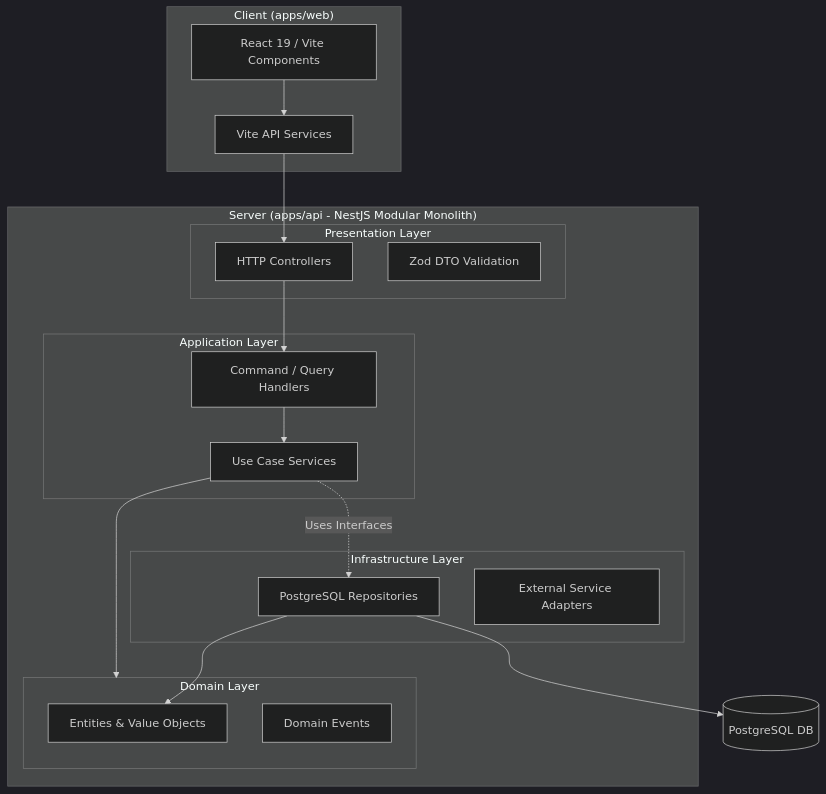
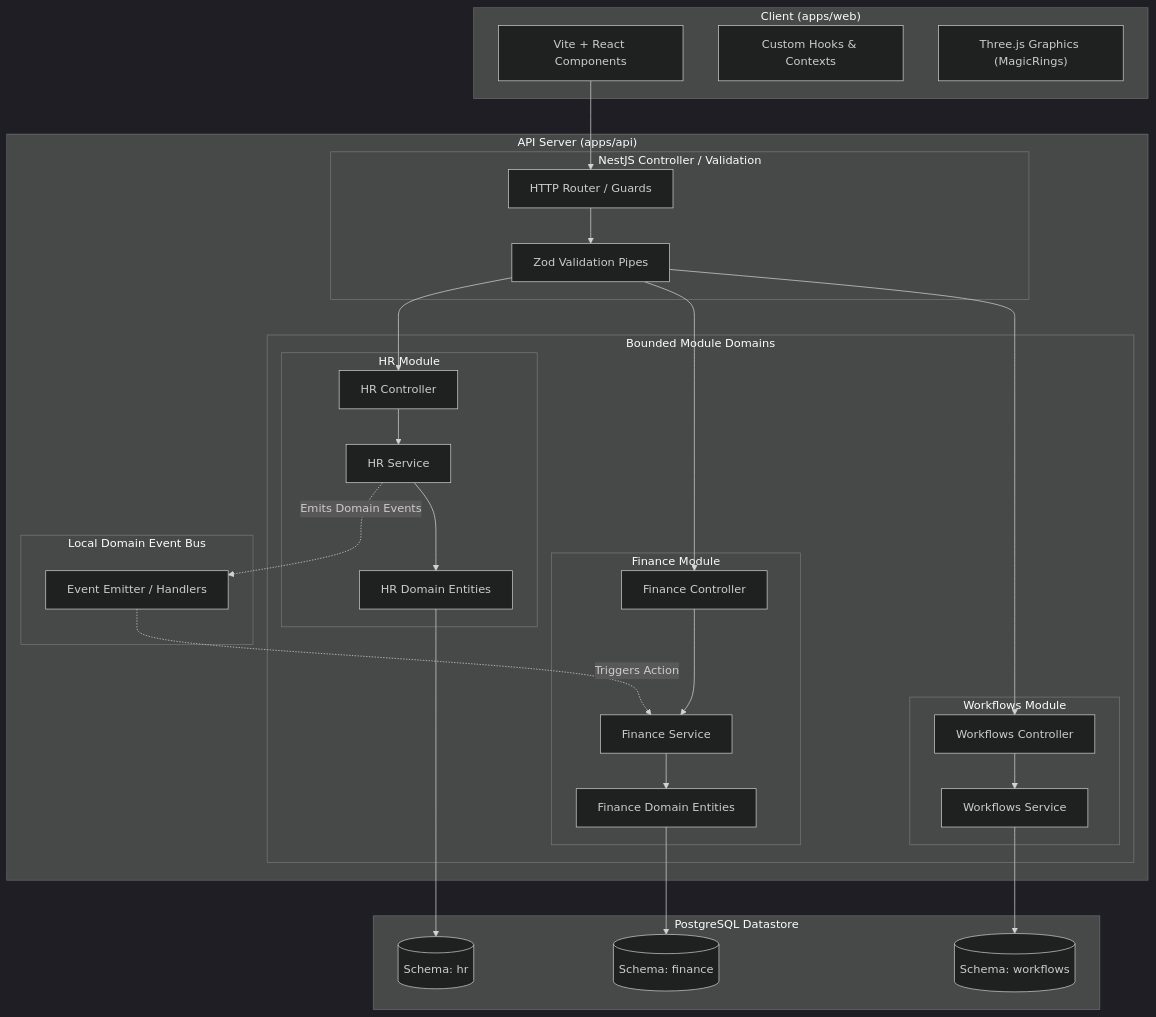
One commit to jeevansai-hub/Sentinal-ERP changed the diagram in README.md. Above: the diagram before and after it, drawn with Mermaid (dark theme). The commit also changed other lines of this file, not shown here.

Commit message:
docs: add comprehensive readme with visuals, architecture charts, and guides

````diff
--- a/README.md
+++ b/README.md
@@ -28,38 +88,62 @@
 ```mermaid
 graph TD
     subgraph Client ["Client (apps/web)"]
-        UI["React 19 / Vite Components"]
-        API_Client["Vite API Services"]
+        Components["Vite + React Components"]
+        Hooks["Custom Hooks & Contexts"]
+        Three["Three.js Graphics (MagicRings)"]
     end
 
-    subgraph Server ["Server (apps/api - NestJS Modular Monolith)"]
-        subgraph Presentation_Layer ["Presentation Layer"]
-            Ctrl["HTTP Controllers"]
-            DTOs["Zod DTO Validation"]
+    subgraph API ["API Server (apps/api)"]
+        subgraph Routing ["NestJS Controller / Validation"]
+            Route["HTTP Router / Guards"]
+            Zod["Zod Validation Pipes"]
         end
 
-        subgraph Application_Layer ["Application Layer"]
-            Handlers["Command / Query Handlers"]
-            Services["Use Case Services"]
+        subgraph Modules ["Bounded Module Domains"]
+            subgraph HR ["HR Module"]
+                HRC["HR Controller"]
+                HRS["HR Service"]
+                HRE["HR Domain Entities"]
+            end
+            subgraph FIN ["Finance Module"]
+                FINC["Finance Controller"]
+                FINS["Finance Service"]
+                FINE["Finance Domain Entities"]
+            end
+            subgraph WRK ["Workflows Module"]
+                WRKC["Workflows Controller"]
+                WRKS["Workflows Service"]
+            end
         end
 
-        subgraph Domain_Layer ["Domain Layer"]
-            Entities["Entities & Value Objects"]
-            Events["Domain Events"]
-        end
-
-        subgraph Infrastructure_Layer ["Infrastructure Layer"]
-            Repo["PostgreSQL Repositories"]
-            Adapters["External Service Adapters"]
+        subgraph Event_Bus ["Local Domain Event Bus"]
+            Bus["Event Emitter / Handlers"]
         end
     end
 
-    UI --> API_Client
-    API_Client --> Ctrl
-    Ctrl --> Handlers
-    Handlers --> Services
-    Services --> Domain_Layer
-    Services -. Uses Interfaces .-> Repo
-    Repo --> Entities
-    Repo --> PostgreSQL[("PostgreSQL DB")]
+    subgraph Database ["PostgreSQL Datastore"]
+        Schema_HR[("Schema: hr")]
+        Schema_FIN[("Schema: finance")]
+        Schema_WRK[("Schema: workflows")]
+    end
+
+    Components --> Route
+    Route --> Zod
+    Zod --> HRC
+    Zod --> FINC
+    Zod --> WRKC
+
+    HRS -. Emits Domain Events .-> Bus
+    Bus -. Triggers Action .-> FINS
+
+    HRC --> HRS
+    HRS --> HRE
+    HRE --> Schema_HR
+
+    FINC --> FINS
+    FINS --> FINE
+    FINE --> Schema_FIN
+
+    WRKC --> WRKS
+    WRKS --> Schema_WRK
 ```
````
